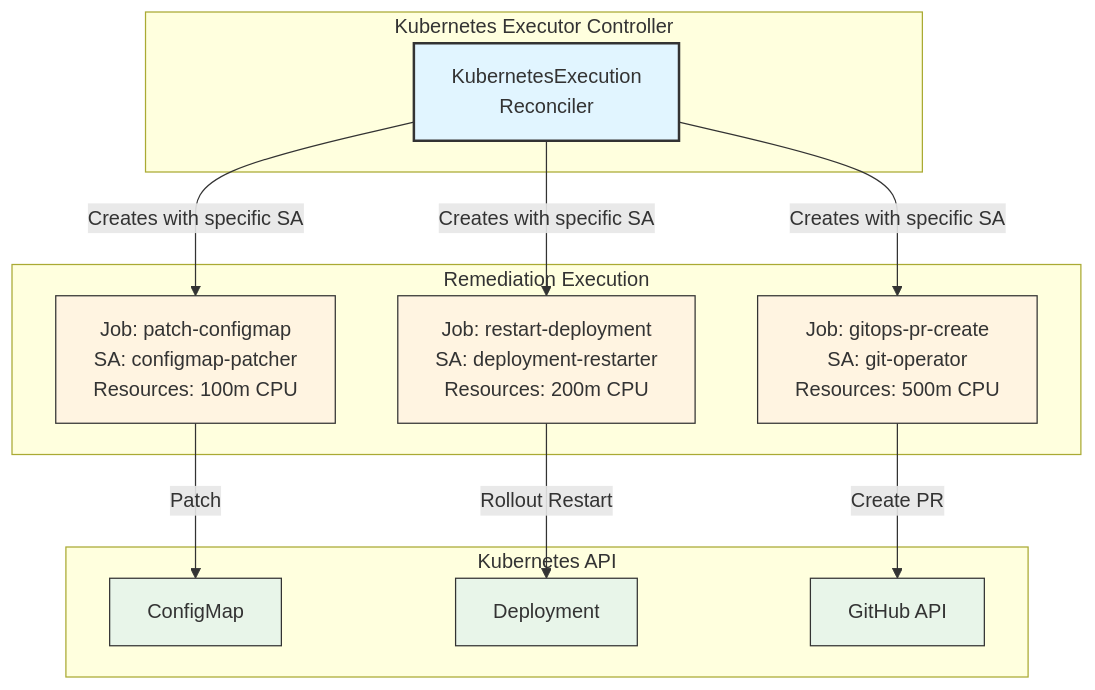
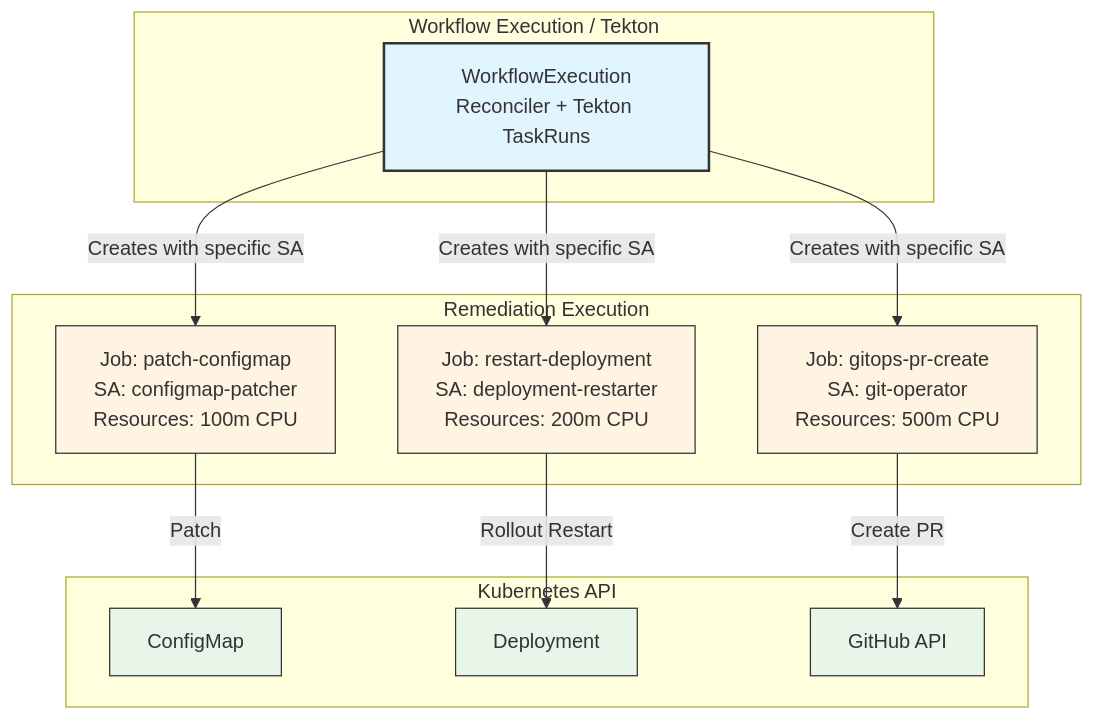
Before and after one commit to jordigilh/kubernaut: the first of 2 diagrams in docs/architecture/decisions/ADR-002-native-kubernetes-jobs.md, drawn with Mermaid. The commit also changed other lines of this file and 63 other files, not shown here.

````diff
--- a/docs/architecture/decisions/ADR-002-native-kubernetes-jobs.md
+++ b/docs/architecture/decisions/ADR-002-native-kubernetes-jobs.md
@@ -85,33 +85,33 @@
 ```mermaid
 graph TB
-    subgraph "Kubernetes Executor Controller"
-        KEC[KubernetesExecution<br/>Reconciler]
+    subgraph "Workflow Execution / Tekton"
+        WEC[WorkflowExecution<br/>Reconciler + Tekton TaskRuns]
     end
 
     subgraph "Remediation Execution"
         J1[Job: patch-configmap<br/>SA: configmap-patcher<br/>Resources: 100m CPU]
         J2[Job: restart-deployment<br/>SA: deployment-restarter<br/>Resources: 200m CPU]
         J3[Job: gitops-pr-create<br/>SA: git-operator<br/>Resources: 500m CPU]
     end
 
     subgraph "Kubernetes API"
         CM[ConfigMap]
         DEP[Deployment]
         GIT[GitHub API]
     end
 
-    KEC -->|Creates with specific SA| J1
-    KEC -->|Creates with specific SA| J2
-    KEC -->|Creates with specific SA| J3
+    WEC -->|Creates with specific SA| J1
+    WEC -->|Creates with specific SA| J2
+    WEC -->|Creates with specific SA| J3
 
     J1 -->|Patch| CM
     J2 -->|Rollout Restart| DEP
     J3 -->|Create PR| GIT
 
     classDef controller fill:#e1f5ff,stroke:#333,stroke-width:2px
     classDef job fill:#fff4e1,stroke:#333,stroke-width:1px
     classDef resource fill:#e8f5e9,stroke:#333,stroke-width:1px
-    class KEC controller
+    class WEC controller
     class J1,J2,J3 job
     class CM,DEP,GIT resource
 ```
````
